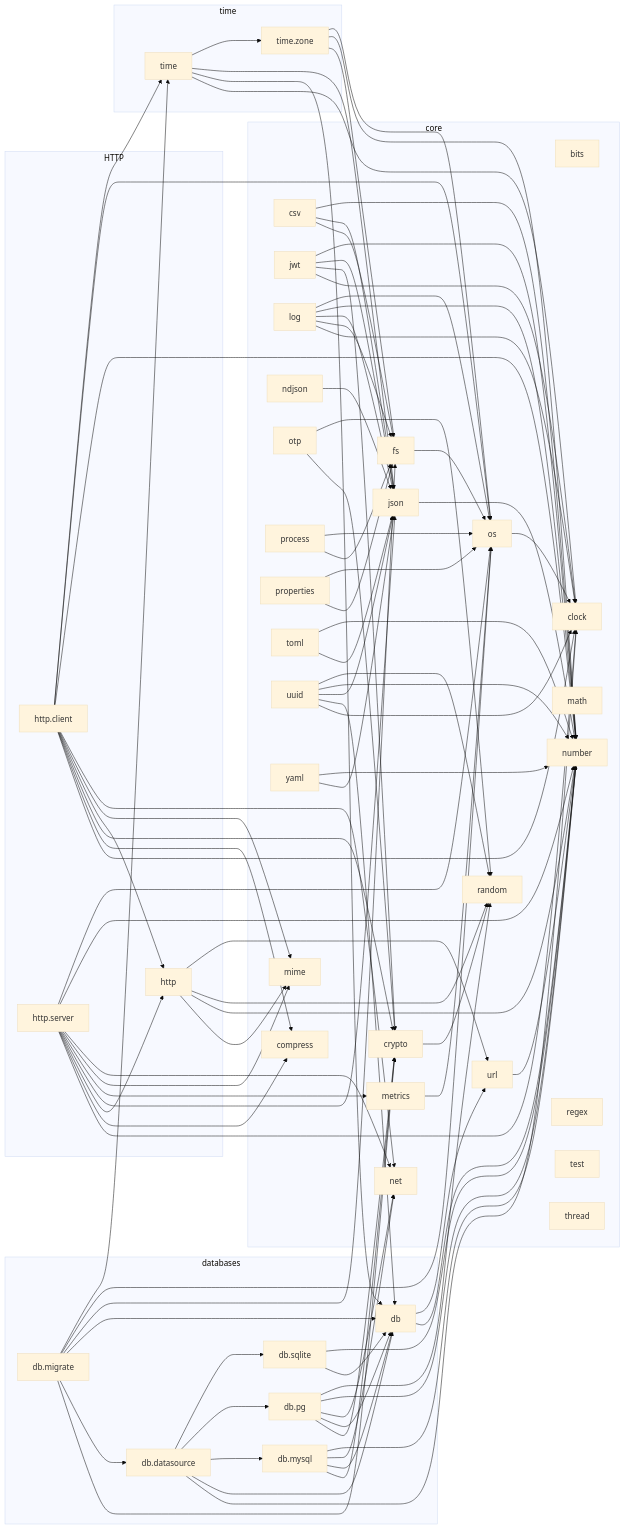
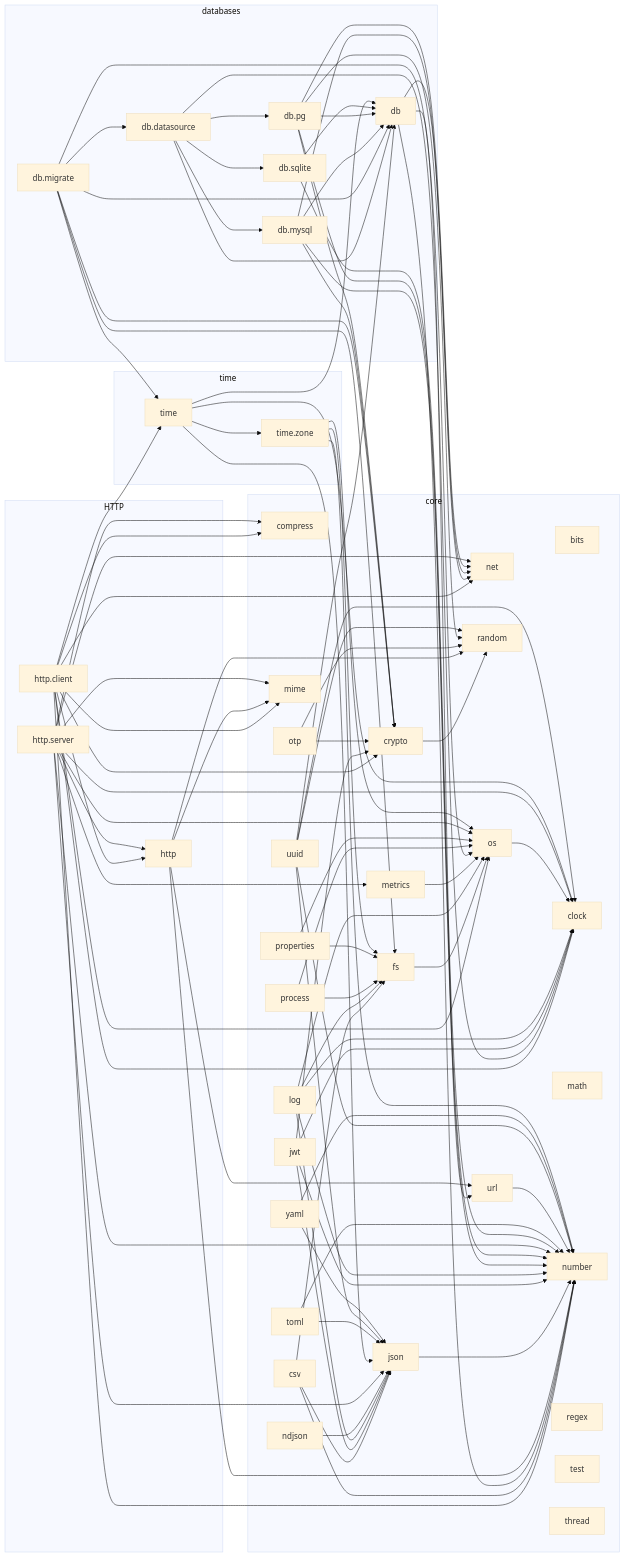
The diagram in docs/lib/dependencies.md (vasnatech/ziman), drawn with Mermaid (base theme) before and after one commit. The commit also changed other lines of this file and 3 other files, not shown here.

```diff
--- a/docs/lib/dependencies.md
+++ b/docs/lib/dependencies.md
@@ -71,6 +71,7 @@
     datasource --> mysql
     datasource --> pg
     datasource --> sqlite
+    db --> net
     db --> number
     db --> url
     fs --> os
```
